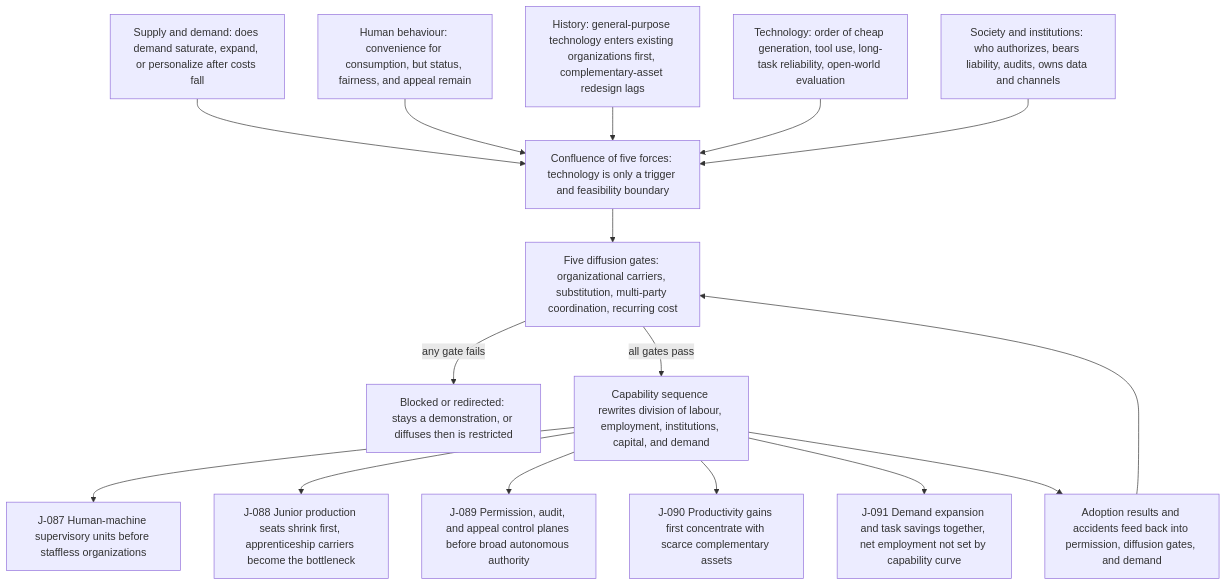
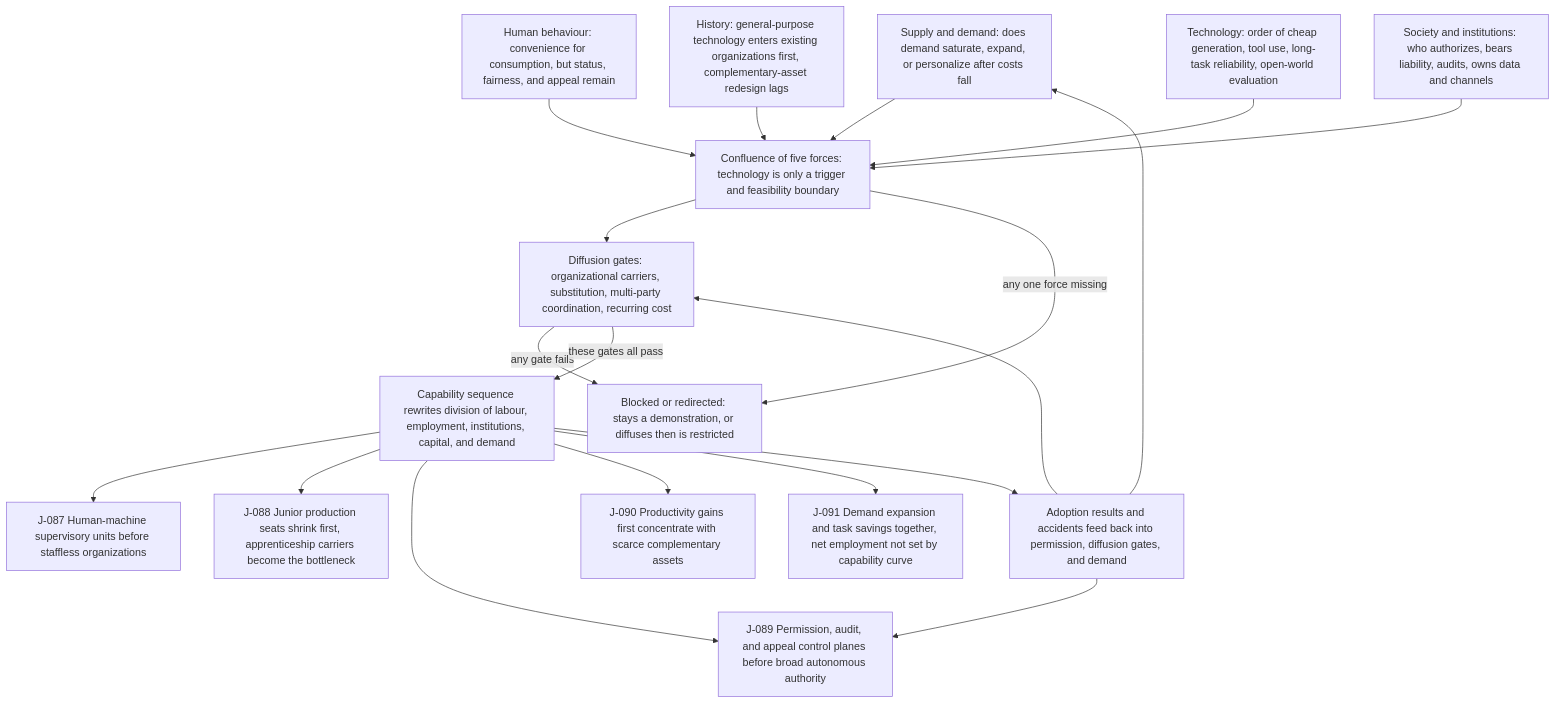
Before and after one commit to SenZhangAI/foresight-by-ai: the diagram in docs/en/chains/70-capability-to-social-consequences.md, drawn with Mermaid. The commit also changed 11 other files, not shown here.

````diff
--- a/docs/en/chains/70-capability-to-social-consequences.md
+++ b/docs/en/chains/70-capability-to-social-consequences.md
@@ -114,18 +114,21 @@
 ```mermaid
 flowchart TD
   SUPPLY["Supply and demand: does demand saturate, expand, or personalize after costs fall"] --> CONF["Confluence of five forces: technology is only a trigger and feasibility boundary"]
   HUMAN["Human behaviour: convenience for consumption, but status, fairness, and appeal remain"] --> CONF
   HIST["History: general-purpose technology enters existing organizations first, complementary-asset redesign lags"] --> CONF
   TECH["Technology: order of cheap generation, tool use, long-task reliability, open-world evaluation"] --> CONF
   INST["Society and institutions: who authorizes, bears liability, audits, owns data and channels"] --> CONF
-  CONF --> GATE["Five diffusion gates: organizational carriers, substitution, multi-party coordination, recurring cost"]
+  CONF --> GATE["Diffusion gates: organizational carriers, substitution, multi-party coordination, recurring cost"]
   GATE -->|"any gate fails"| STALL["Blocked or redirected: stays a demonstration, or diffuses then is restricted"]
-  GATE -->|"all gates pass"| SEG["Capability sequence rewrites division of labour, employment, institutions, capital, and demand"]
+  CONF -->|"any one force missing"| STALL
+  GATE -->|"these gates all pass"| SEG["Capability sequence rewrites division of labour, employment, institutions, capital, and demand"]
   SEG --> U1["J-087 Human-machine supervisory units before staffless organizations"]
   SEG --> U2["J-088 Junior production seats shrink first, apprenticeship carriers become the bottleneck"]
   SEG --> U3["J-089 Permission, audit, and appeal control planes before broad autonomous authority"]
   SEG --> U4["J-090 Productivity gains first concentrate with scarce complementary assets"]
   SEG --> U5["J-091 Demand expansion and task savings together, net employment not set by capability curve"]
   SEG --> FB["Adoption results and accidents feed back into permission, diffusion gates, and demand"]
   FB --> GATE
+  FB --> U3
+  FB --> SUPPLY
 ```
````
